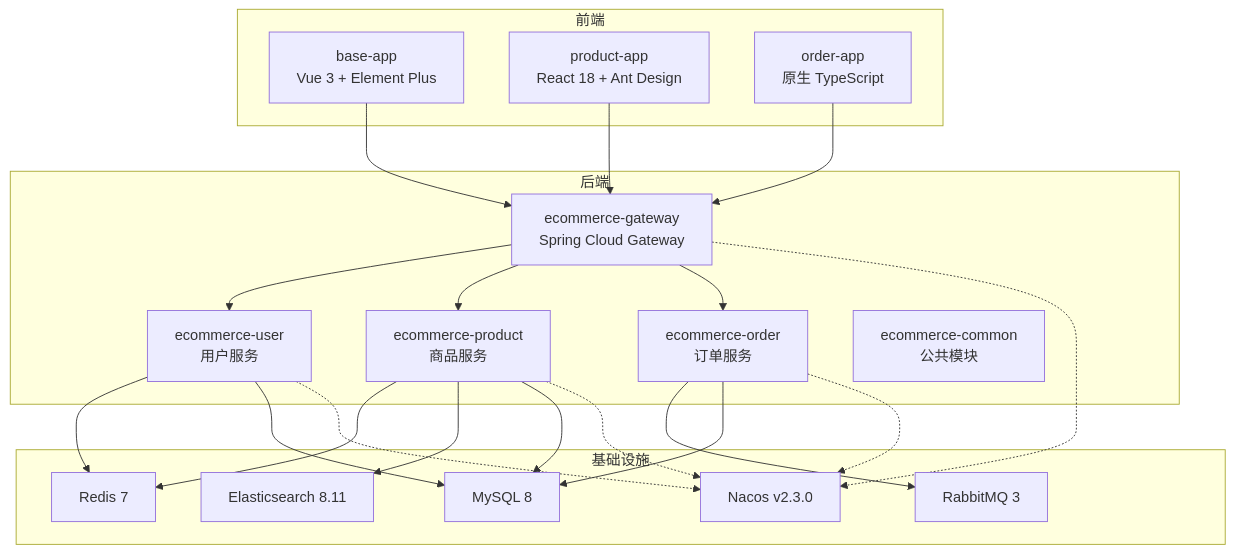
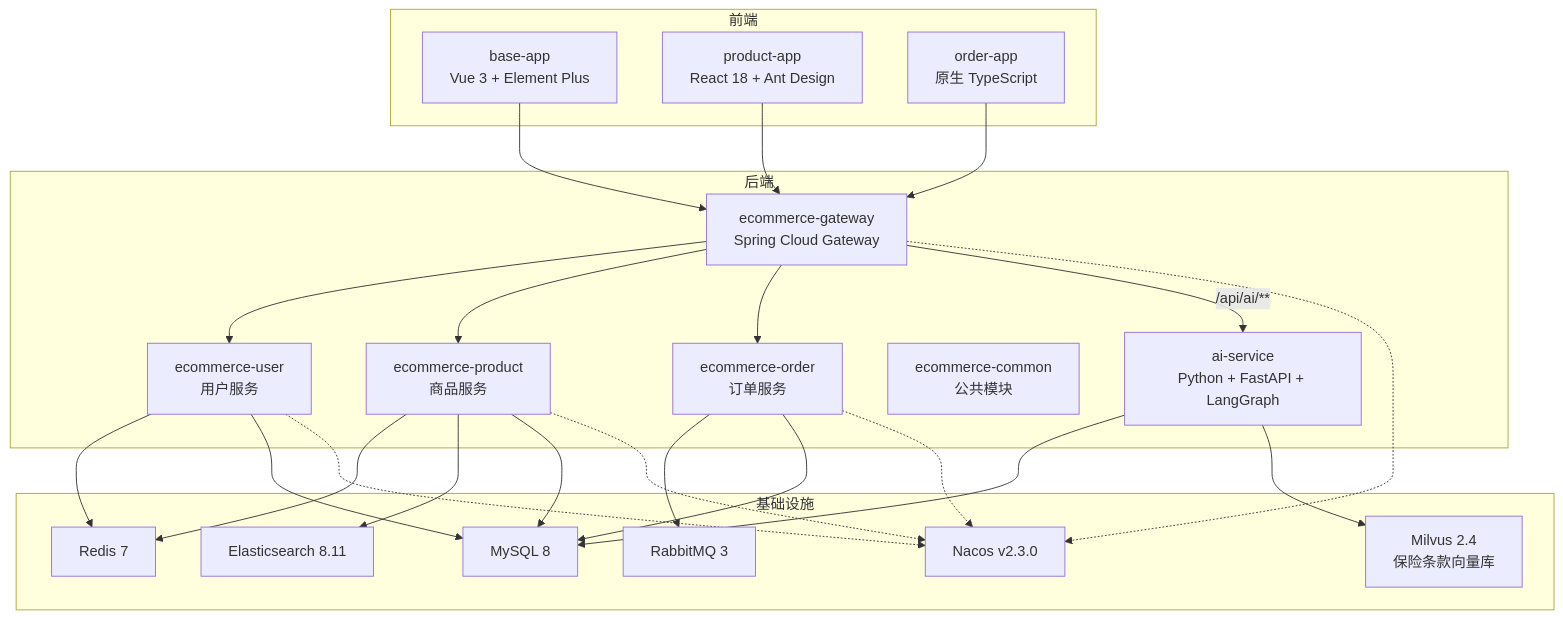
The first of 5 diagrams in .qoder/repowiki/zh/content/项目概述.md (haohailiang/qoder-fullstack), drawn with Mermaid before and after one commit. The commit also changed other lines of this file and 33 other files, not shown here.

````diff
--- a/.qoder/repowiki/zh/content/项目概述.md
+++ b/.qoder/repowiki/zh/content/项目概述.md
@@ -37,39 +41,44 @@
 ```mermaid
 graph TB
 subgraph "前端"
 Base["base-app<br/>Vue 3 + Element Plus"]
 Product["product-app<br/>React 18 + Ant Design"]
 Order["order-app<br/>原生 TypeScript"]
 end
 subgraph "后端"
 Gateway["ecommerce-gateway<br/>Spring Cloud Gateway"]
 User["ecommerce-user<br/>用户服务"]
 ProductSvc["ecommerce-product<br/>商品服务"]
 OrderSvc["ecommerce-order<br/>订单服务"]
 Common["ecommerce-common<br/>公共模块"]
+AI["ai-service<br/>Python + FastAPI + LangGraph"]
 end
 subgraph "基础设施"
 MySQL["MySQL 8"]
 Redis["Redis 7"]
 Nacos["Nacos v2.3.0"]
 Rabbit["RabbitMQ 3"]
 ES["Elasticsearch 8.11"]
+Milvus["Milvus 2.4<br/>保险条款向量库"]
 end
 Base --> Gateway
 Product --> Gateway
 Order --> Gateway
 Gateway --> User
 Gateway --> ProductSvc
 Gateway --> OrderSvc
+Gateway --> |"/api/ai/**"| AI
 ProductSvc --> Redis
 ProductSvc --> ES
 OrderSvc --> Rabbit
 User --> Redis
 User --> MySQL
 ProductSvc --> MySQL
 OrderSvc --> MySQL
+AI --> MySQL
+AI --> Milvus
 Gateway -.-> Nacos
 User -.-> Nacos
 ProductSvc -.-> Nacos
 OrderSvc -.-> Nacos
 ```
````
